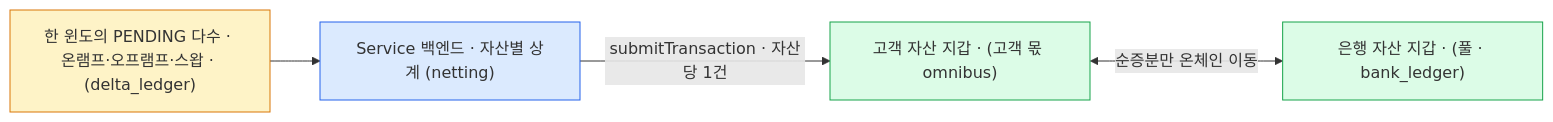
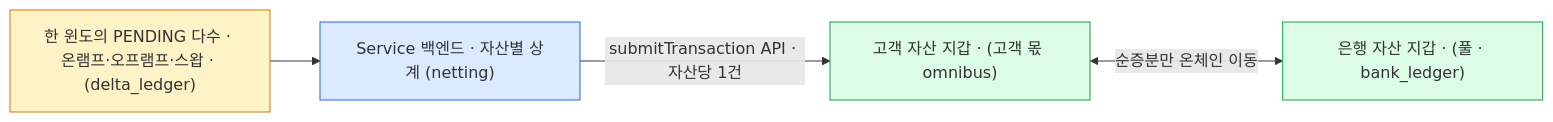
The second of 2 diagrams in blockchain-manager/docs/설계/10-ramp-swap.md (eunsujeo/eunpus), drawn with Mermaid before and after one commit. The commit also changed other lines of this file and 10 other files, not shown here.

````diff
--- a/blockchain-manager/docs/설계/10-ramp-swap.md
+++ b/blockchain-manager/docs/설계/10-ramp-swap.md
@@ -58,16 +58,16 @@
 ```mermaid
 flowchart LR
     P["한 윈도의 PENDING 다수 · 온램프·오프램프·스왑 · (delta_ledger)"]
     NET["Service 백엔드 · 자산별 상계 (netting)"]
     CW["고객 자산 지갑 · (고객 몫 omnibus)"]
     BW["은행 자산 지갑 · (풀 · bank_ledger)"]
 
     P --> NET
-    NET -->|"submitTransaction · 자산당 1건"| CW
+    NET -->|"submitTransaction API · 자산당 1건"| CW
     CW <-->|"순증분만 온체인 이동"| BW
 
     classDef q fill:#fef3c7,stroke:#d97706;
     classDef app fill:#dbeafe,stroke:#2563eb;
     classDef w fill:#dcfce7,stroke:#16a34a;
     class P q; class NET app; class CW,BW w;
 ```
````
